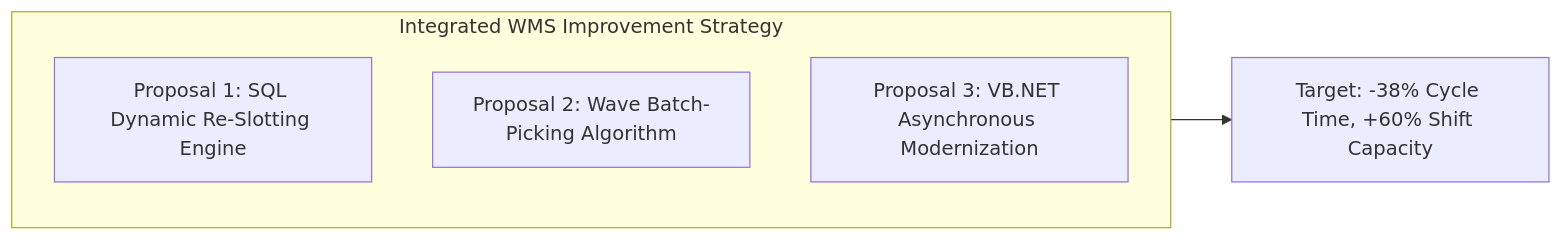
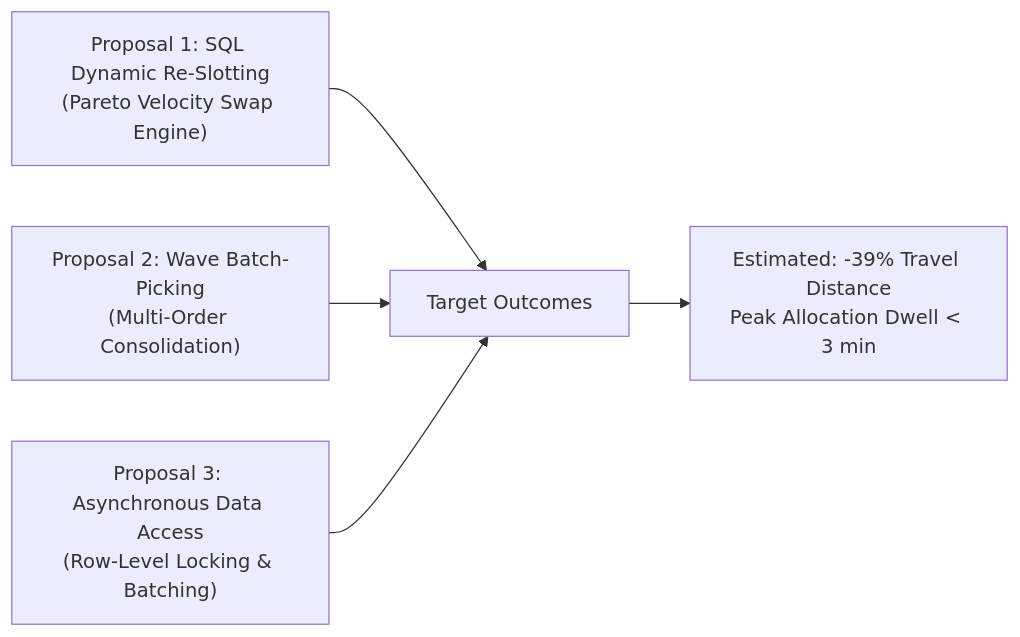
The second of 2 diagrams in docs/SYSTEM_IMPROVEMENT_REPORT.md (KiskuAryan/wms-operational-efficiency-audit), drawn with Mermaid before and after one commit. The commit also changed other lines of this file and 12 other files, not shown here.

Commit message:
Refactor: Rigorous data labeling, synchronized reproduction pipeline, joined-zone SQL classification, and defensible mathematical projections

````diff
--- a/docs/SYSTEM_IMPROVEMENT_REPORT.md
+++ b/docs/SYSTEM_IMPROVEMENT_REPORT.md
@@ -106,9 +110,7 @@
 ```mermaid
 flowchart LR
-    subgraph Solutions["Integrated WMS Improvement Strategy"]
-        S1["Proposal 1: SQL Dynamic Re-Slotting Engine"]
-        S2["Proposal 2: Wave Batch-Picking Algorithm"]
-        S3["Proposal 3: VB.NET Asynchronous Modernization"]
-    end
-    Solutions --> Impact["Target: -38% Cycle Time, +60% Shift Capacity"]
+    P1["Proposal 1: SQL Dynamic Re-Slotting<br>(Pareto Velocity Swap Engine)"] --> Benefits["Target Outcomes"]
+    P2["Proposal 2: Wave Batch-Picking<br>(Multi-Order Consolidation)"] --> Benefits
+    P3["Proposal 3: Asynchronous Data Access<br>(Row-Level Locking & Batching)"] --> Benefits
+    Benefits --> Outcome["Estimated: -39% Travel Distance<br>Peak Allocation Dwell < 3 min"]
 ```
````
